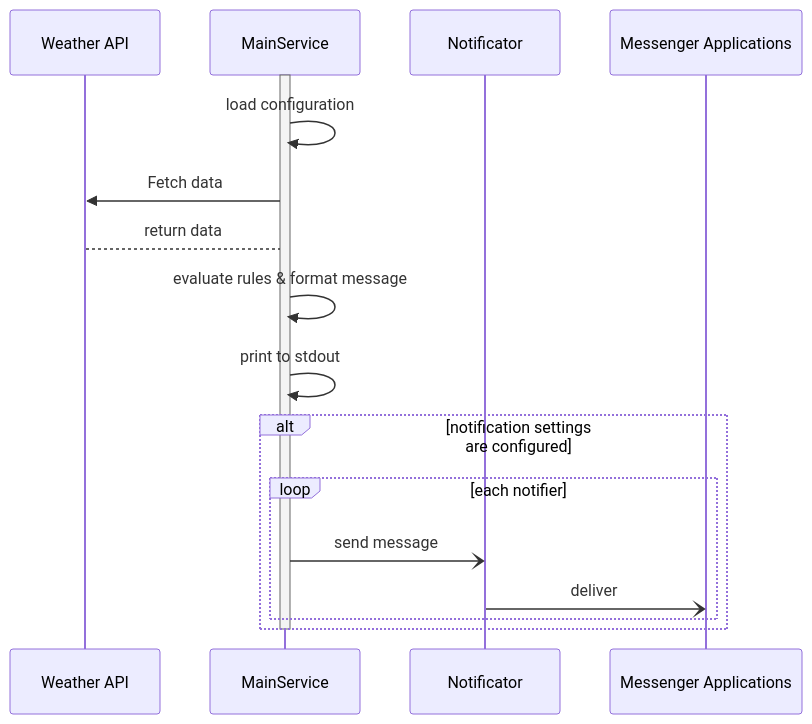
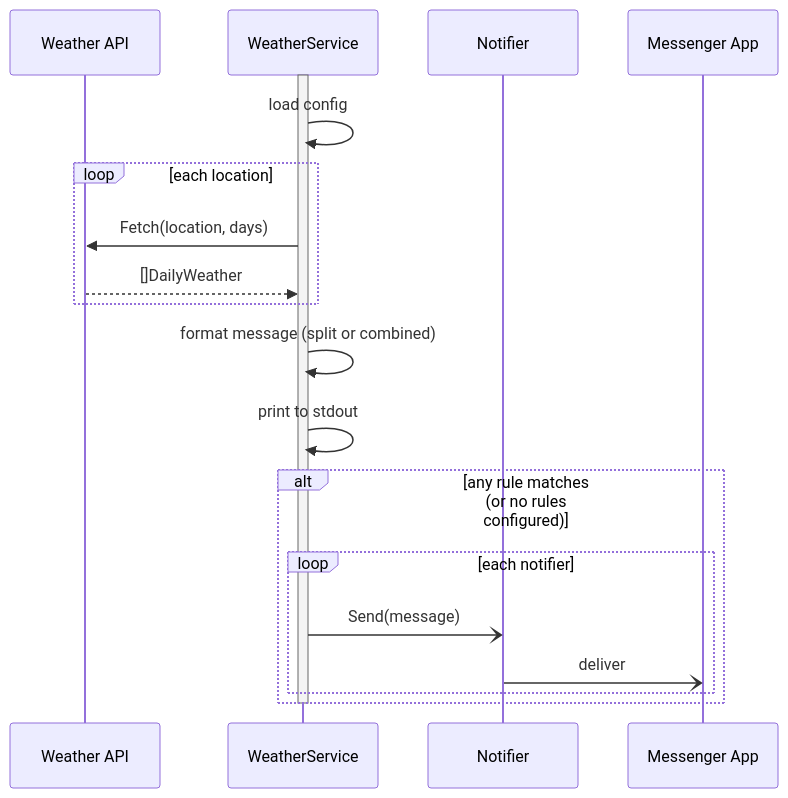
One commit to ducminhgd/weather-bot changed the diagram in README.md. Above: the diagram before and after it, drawn with Mermaid. The commit also changed other lines of this file and 1 other file, not shown here.

````diff
--- a/README.md
+++ b/README.md
@@ -174,21 +240,23 @@
 ```mermaid
 sequenceDiagram
     participant Weather as Weather API
-    participant MS as MainService
-    participant Notificator
-    participant mApp as Messenger Applications
+    participant MS as WeatherService
+    participant Notifier
+    participant mApp as Messenger App
 
     activate MS
-    MS ->> MS: load configuration
-    MS ->> Weather: Fetch data
-    Weather --> MS: return data
-    MS ->> MS: evaluate rules & format message
+    MS ->> MS: load config
+    loop each location
+        MS ->> Weather: Fetch(location, days)
+        Weather -->> MS: []DailyWeather
+    end
+    MS ->> MS: format message (split or combined)
     MS ->> MS: print to stdout
-    alt notification settings are configured
+    alt any rule matches (or no rules configured)
         loop each notifier
-            MS -) Notificator: send message
-            Notificator -) mApp: deliver
+            MS -) Notifier: Send(message)
+            Notifier -) mApp: deliver
         end
     end
     deactivate MS
 ```
````
